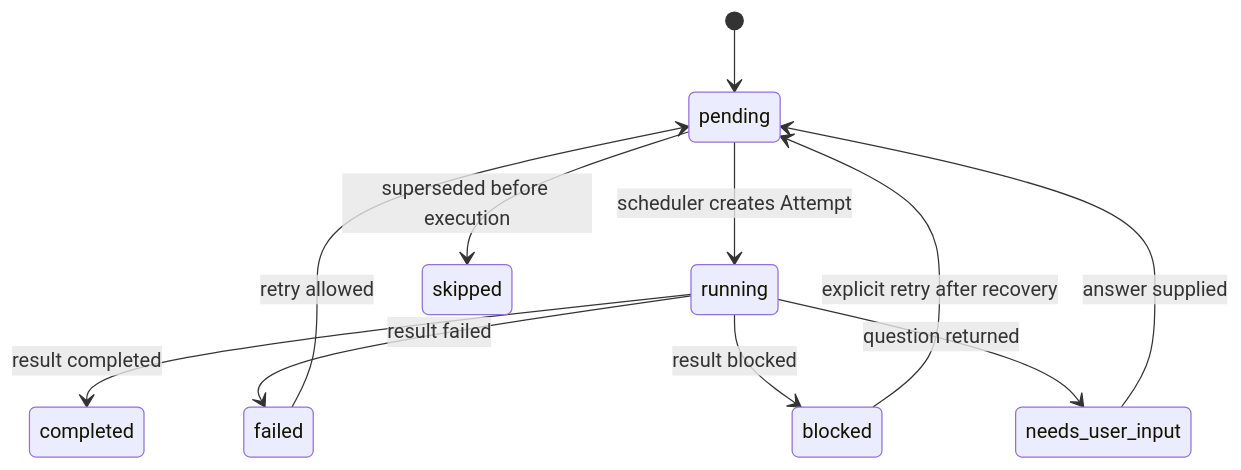
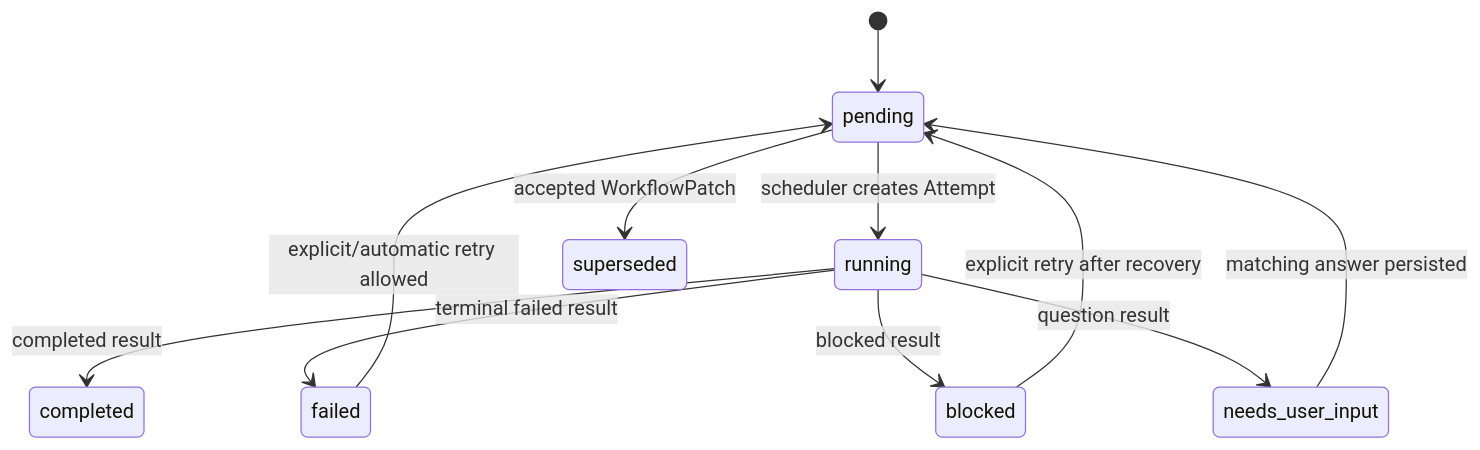
Before and after one commit to ylc123456789/ResAgent2: the fourth of 5 diagrams in docs/ARCHITECTURE.md, drawn with Mermaid. The commit also changed other lines of this file and 9 other files, not shown here.

````diff
--- a/docs/ARCHITECTURE.md
+++ b/docs/ARCHITECTURE.md
@@ -416,13 +282,13 @@
 ```mermaid
 stateDiagram-v2
     [*] --> pending
     pending --> running: scheduler creates Attempt
-    running --> completed: result completed
-    running --> failed: result failed
-    running --> blocked: result blocked
-    running --> needs_user_input: question returned
-    failed --> pending: retry allowed
+    pending --> superseded: accepted WorkflowPatch
+    running --> completed: completed result
+    running --> failed: terminal failed result
+    running --> blocked: blocked result
+    running --> needs_user_input: question result
+    failed --> pending: explicit/automatic retry allowed
     blocked --> pending: explicit retry after recovery
-    needs_user_input --> pending: answer supplied
-    pending --> skipped: superseded before execution
+    needs_user_input --> pending: matching answer persisted
 ```
````
